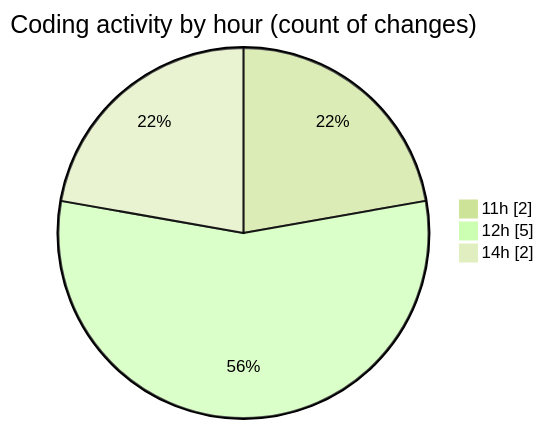
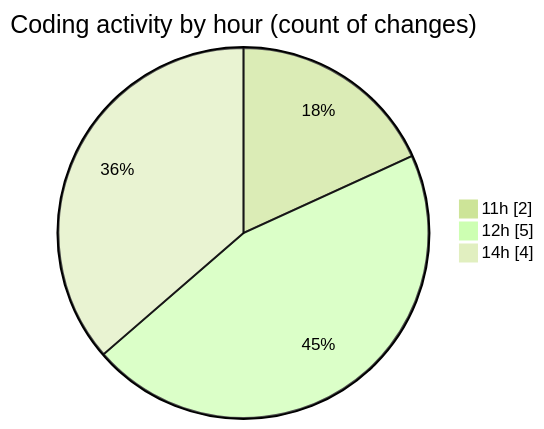
One commit to nxtqubesakshisongat/code-tracking changed the second of 2 diagrams in 2026-01-22/nxtqube_webapp/README.md. Above: the diagram before and after it, drawn with Mermaid (forest theme). The commit also changed other lines of this file and 1 other file, not shown here.

````diff
--- a/2026-01-22/nxtqube_webapp/README.md
+++ b/2026-01-22/nxtqube_webapp/README.md
@@ -29,7 +29,7 @@
 ```mermaid
 pie showData
 title Coding activity by hour (count of changes)
 "11h" : 2
 "12h" : 5
-"14h" : 2
+"14h" : 4
 ```
````
